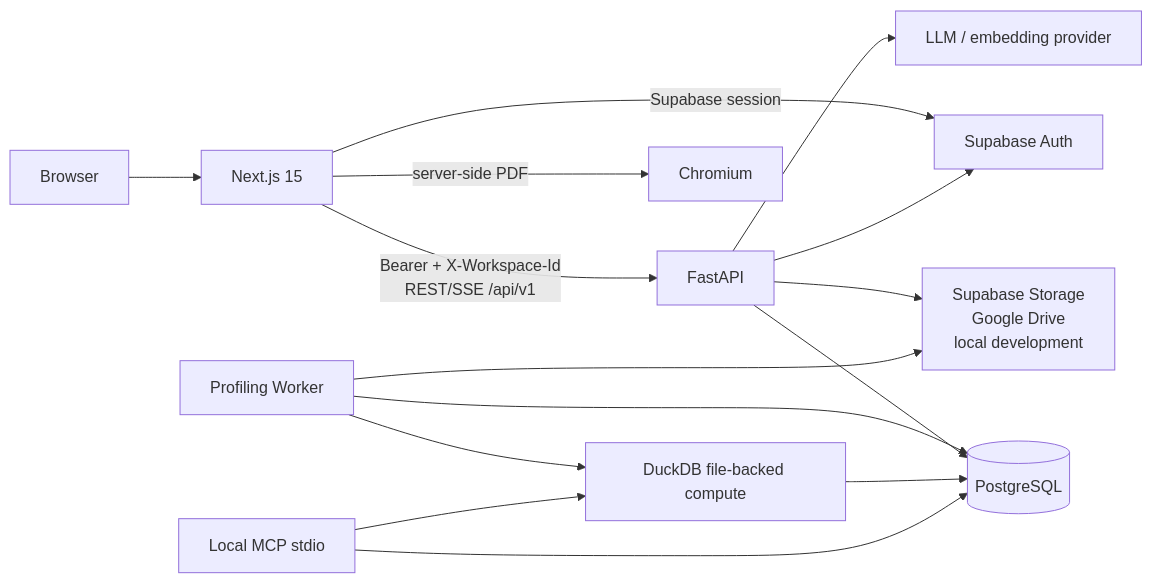
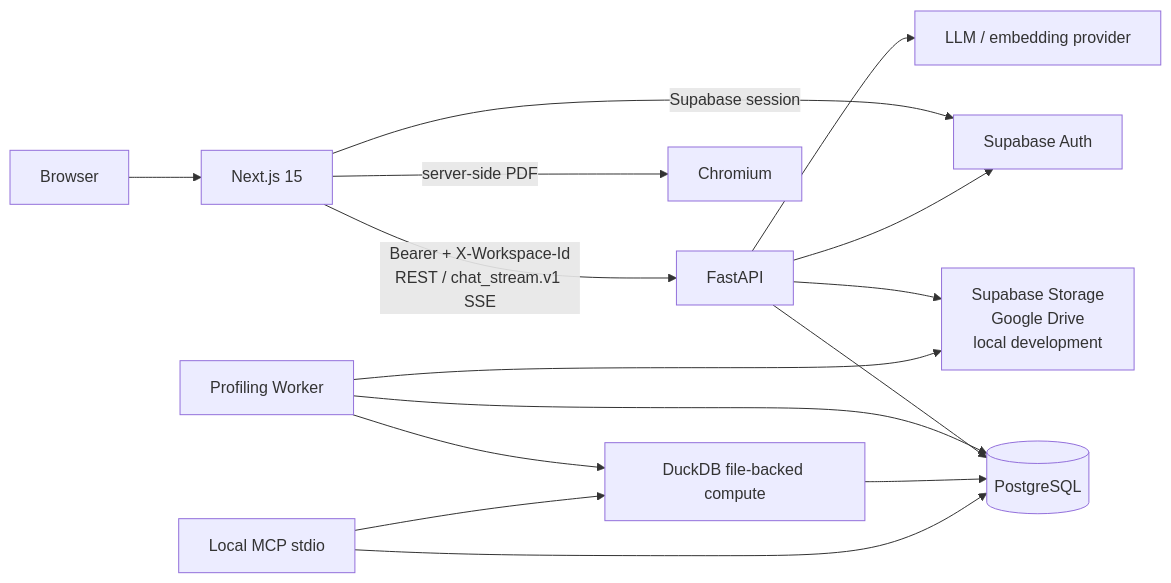
One commit to mhiu05/VDaAgent changed the diagram in ARCHITECTURE.md. Above: the diagram before and after it, drawn with Mermaid. The commit also changed other lines of this file and 38 other files, not shown here.

````diff
--- a/ARCHITECTURE.md
+++ b/ARCHITECTURE.md
@@ -7,17 +7,17 @@
 ```mermaid
 flowchart LR
   U[Browser] --> N[Next.js 15]
-  N -->|Bearer + X-Workspace-Id<br/>REST/SSE /api/v1| A[FastAPI]
+  N -->|Bearer + X-Workspace-Id<br/>REST / chat_stream.v1 SSE| A[FastAPI]
   N -->|Supabase session| SA[Supabase Auth]
   N -->|server-side PDF| PDF[Chromium]
   A --> SA
   A --> DB[(PostgreSQL)]
   A --> ST[Supabase Storage<br/>Google Drive<br/>local development]
   A --> LLM[LLM / embedding provider]
   W[Profiling Worker] --> DB
   W --> ST
   W --> D[DuckDB file-backed compute]
   D --> DB
   MCP[Local MCP stdio] --> DB
   MCP --> D
 ```
````
